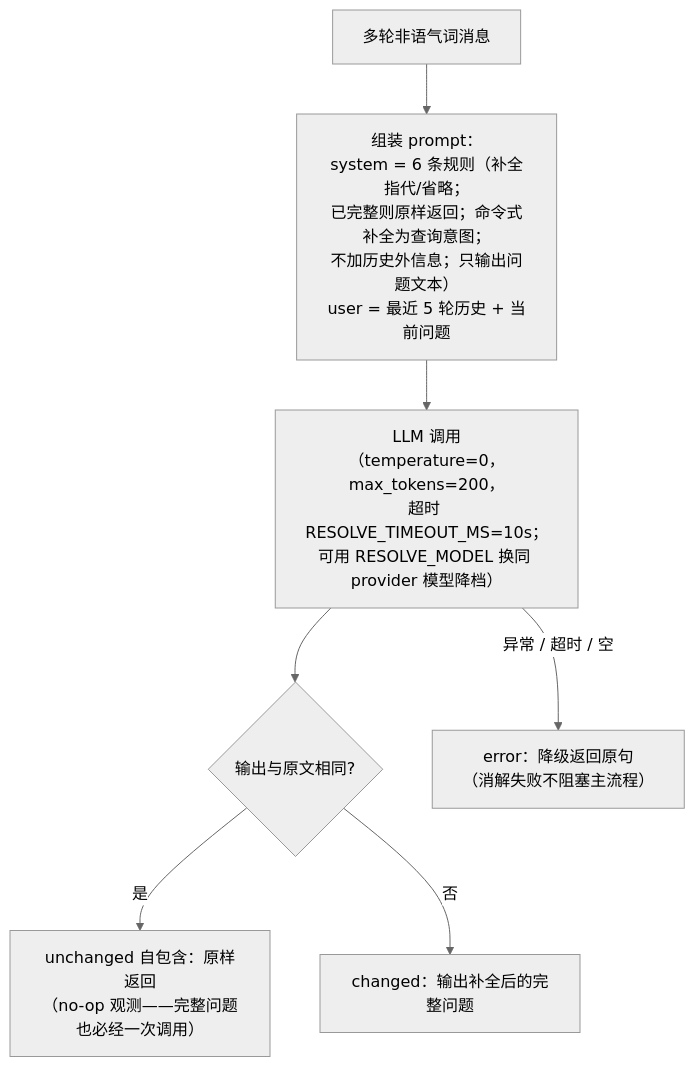
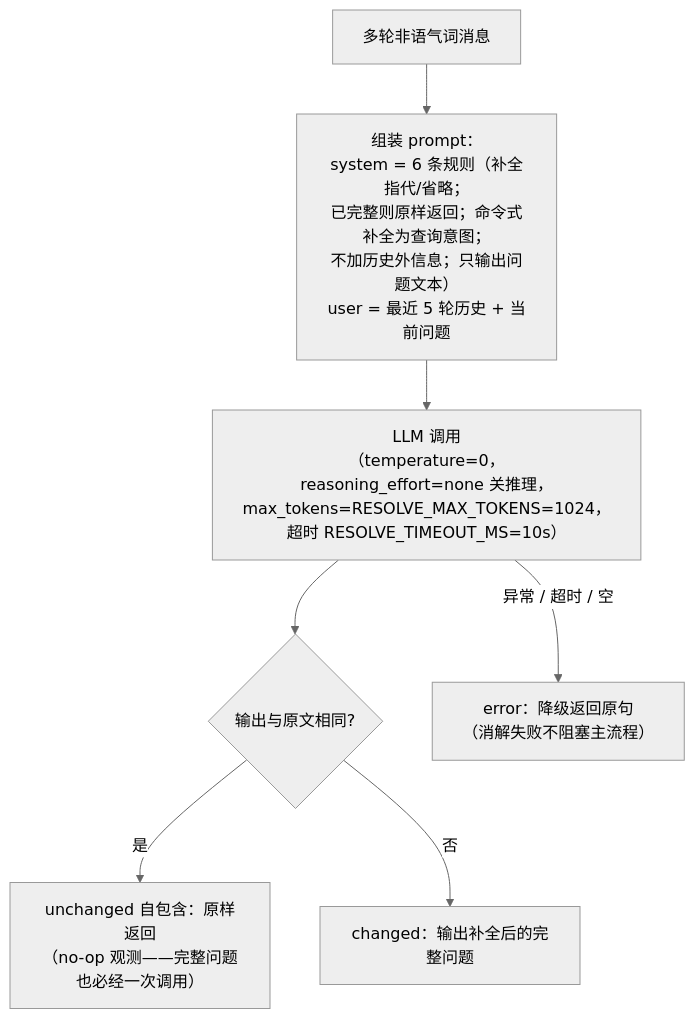
Before and after one commit to blowt16/SmartCS-Agent: the sixth of 36 diagrams in docs/PROJECT_ANALYSIS.md, drawn with Mermaid (neutral theme). The commit also changed other lines of this file and 7 other files, not shown here.

````diff
--- a/docs/PROJECT_ANALYSIS.md
+++ b/docs/PROJECT_ANALYSIS.md
@@ -344,9 +344,9 @@
 ```mermaid
 flowchart TD
     A["多轮非语气词消息"] --> B["组装 prompt：<br/>system = 6 条规则（补全指代/省略；<br/>已完整则原样返回；命令式补全为查询意图；<br/>不加历史外信息；只输出问题文本）<br/>user = 最近 5 轮历史 + 当前问题"]
-    B --> C["LLM 调用<br/>（temperature=0，max_tokens=200，<br/>超时 RESOLVE_TIMEOUT_MS=10s；<br/>可用 RESOLVE_MODEL 换同 provider 模型降档）"]
+    B --> C["LLM 调用<br/>（temperature=0，<br/>reasoning_effort=none 关推理，<br/>max_tokens=RESOLVE_MAX_TOKENS=1024，<br/>超时 RESOLVE_TIMEOUT_MS=10s）"]
     C --> D{"输出与原文相同?"}
     D -->|"是"| E1["unchanged 自包含：原样返回<br/>（no-op 观测——完整问题也必经一次调用）"]
     D -->|"否"| E2["changed：输出补全后的完整问题"]
     C -->|"异常 / 超时 / 空"| E3["error：降级返回原句<br/>（消解失败不阻塞主流程）"]
 ```
````
